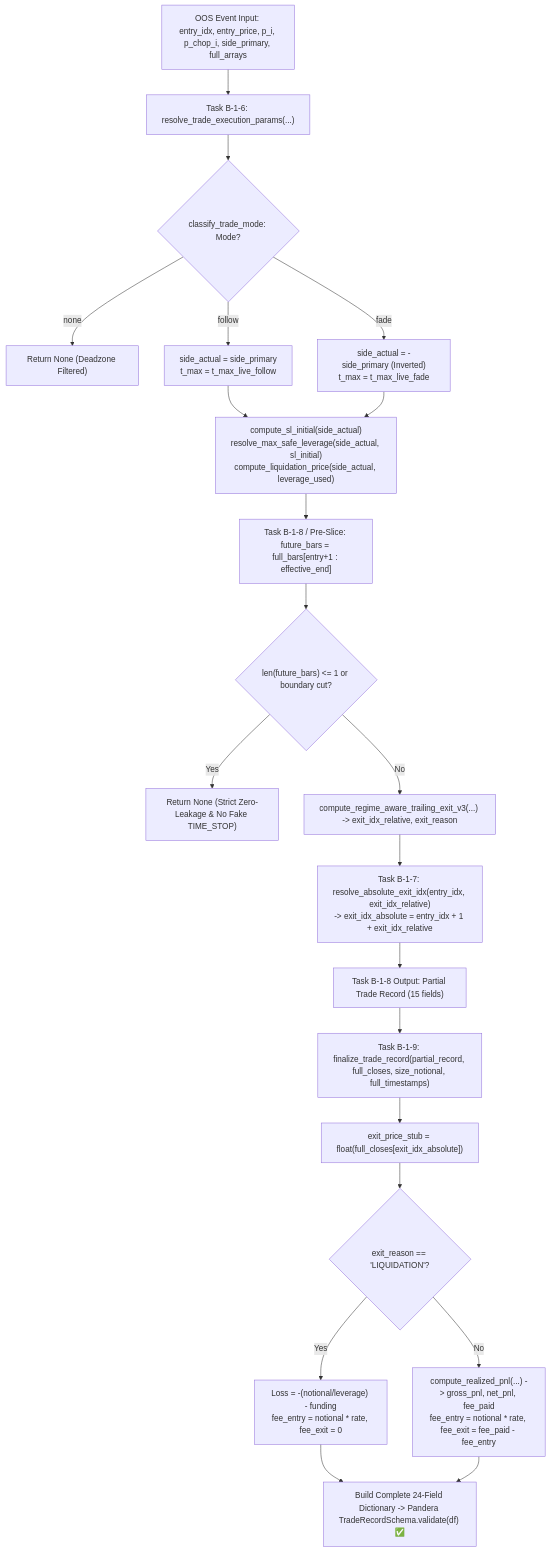
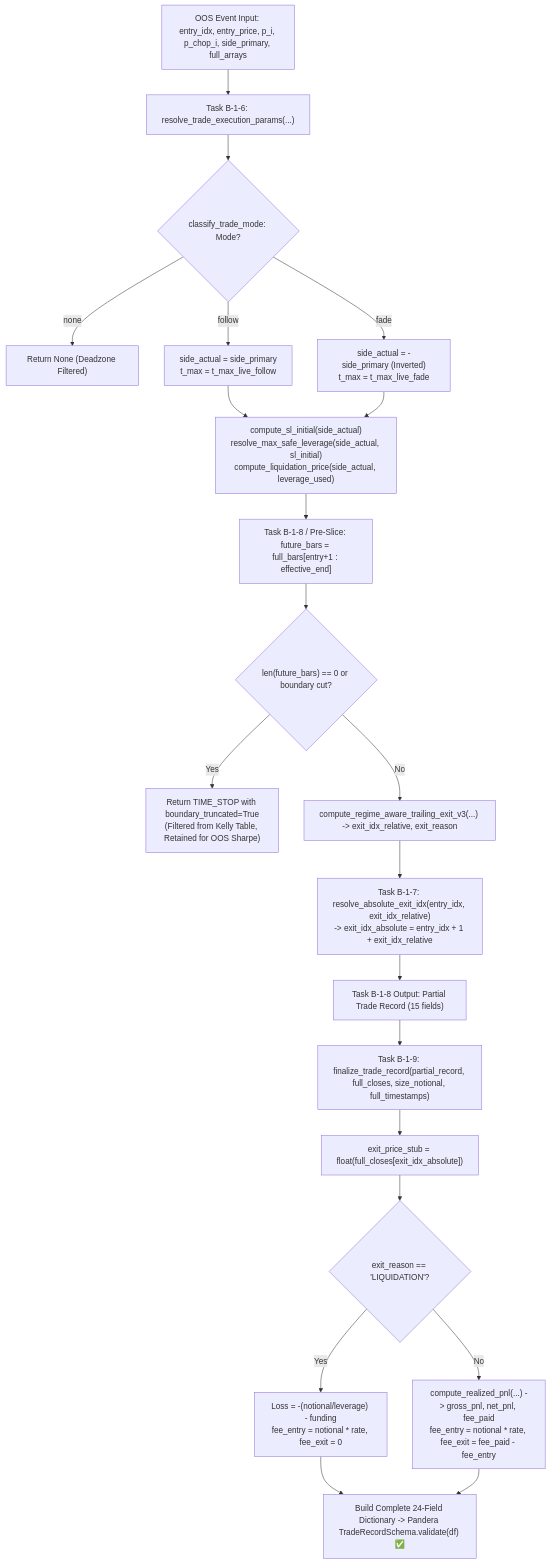
Before and after one commit to hoangcongly/1907TacticalAI: diagram 14 of 17 in docs/engineering_audit_and_explanation_report.md, drawn with Mermaid. The commit also changed other lines of this file and 47 other files, not shown here.

Commit message:
feat(aegis): phase 2 architecture remediation - signal engine (B), circuit breaker (J), zero-leakage guards & 102 test cases

````diff
--- a/docs/engineering_audit_and_explanation_report.md
+++ b/docs/engineering_audit_and_explanation_report.md
@@ -1070,30 +1079,30 @@
 ```mermaid
 flowchart TD
     OOS_Event["OOS Event Input: entry_idx, entry_price, p_i, p_chop_i, side_primary, full_arrays"] --> B16["Task B-1-6: resolve_trade_execution_params(...)"]
     
     B16 --> ModeGate{"classify_trade_mode: Mode?"}
     ModeGate -->|none| DropNone1["Return None (Deadzone Filtered)"]
     ModeGate -->|follow| FollowSide["side_actual = side_primary<br/>t_max = t_max_live_follow"]
     ModeGate -->|fade| FadeSide["side_actual = -side_primary (Inverted)<br/>t_max = t_max_live_fade"]
     
     FollowSide --> CalcSL_Lev["compute_sl_initial(side_actual)<br/>resolve_max_safe_leverage(side_actual, sl_initial)<br/>compute_liquidation_price(side_actual, leverage_used)"]
     FadeSide --> CalcSL_Lev
     
     CalcSL_Lev --> B15["Task B-1-8 / Pre-Slice: future_bars = full_bars[entry+1 : effective_end]"]
-    B15 --> CheckZero{"len(future_bars) <= 1 or boundary cut?"}
-    CheckZero -->|Yes| DropNone2["Return None (Strict Zero-Leakage & No Fake TIME_STOP)"]
+    B15 --> CheckZero{"len(future_bars) == 0 or boundary cut?"}
+    CheckZero -->|Yes| BoundaryFlag["Return TIME_STOP with boundary_truncated=True<br/>(Filtered from Kelly Table, Retained for OOS Sharpe)"]
     CheckZero -->|No| RunV3["compute_regime_aware_trailing_exit_v3(...) -> exit_idx_relative, exit_reason"]
     
     RunV3 --> B17["Task B-1-7: resolve_absolute_exit_idx(entry_idx, exit_idx_relative)<br/>-> exit_idx_absolute = entry_idx + 1 + exit_idx_relative"]
     B17 --> B18_Out["Task B-1-8 Output: Partial Trade Record (15 fields)"]
     
     B18_Out --> B19["Task B-1-9: finalize_trade_record(partial_record, full_closes, size_notional, full_timestamps)"]
     B19 --> PriceLookup["exit_price_stub = float(full_closes[exit_idx_absolute])"]
     
     PriceLookup --> BranchPnL{"exit_reason == 'LIQUIDATION'?"}
     BranchPnL -->|Yes| LiqBranch["Loss = -(notional/leverage) - funding<br/>fee_entry = notional * rate, fee_exit = 0"]
     BranchPnL -->|No| NormalBranch["compute_realized_pnl(...) -> gross_pnl, net_pnl, fee_paid<br/>fee_entry = notional * rate, fee_exit = fee_paid - fee_entry"]
     
     LiqBranch --> SchemaVal["Build Complete 24-Field Dictionary -> Pandera TradeRecordSchema.validate(df) ✅"]
     NormalBranch --> SchemaVal
 ```
````
